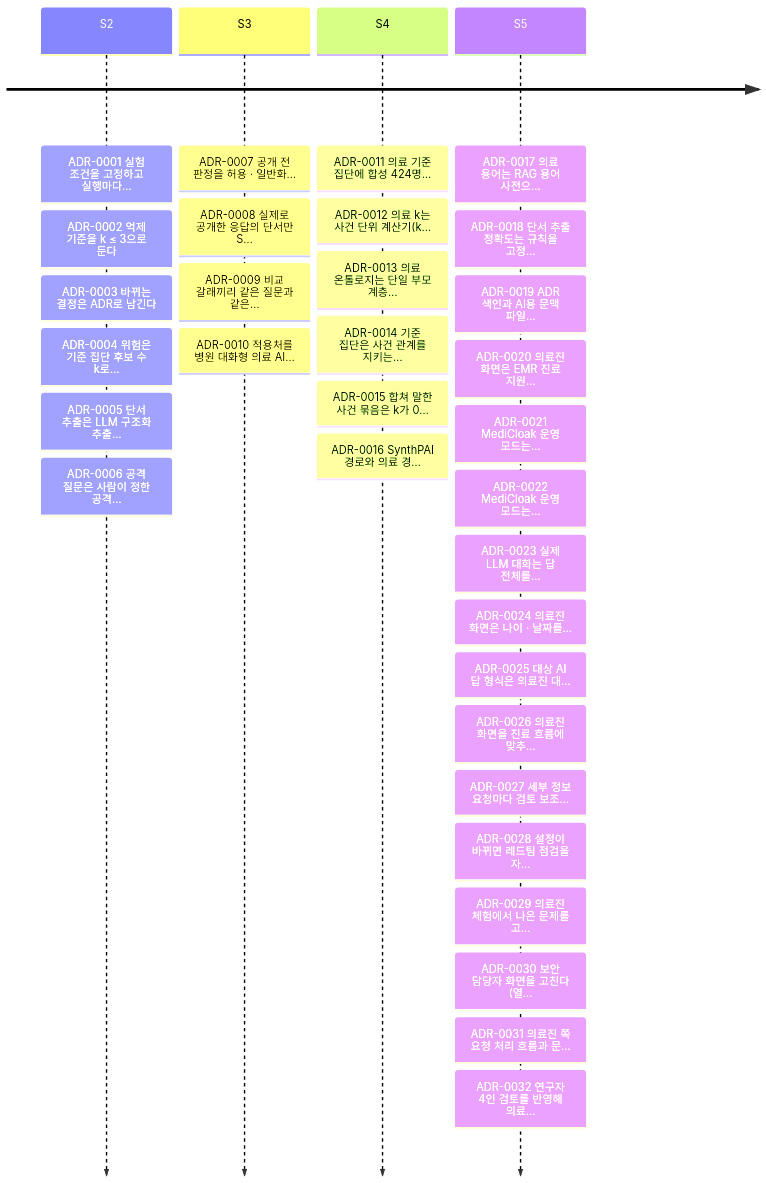
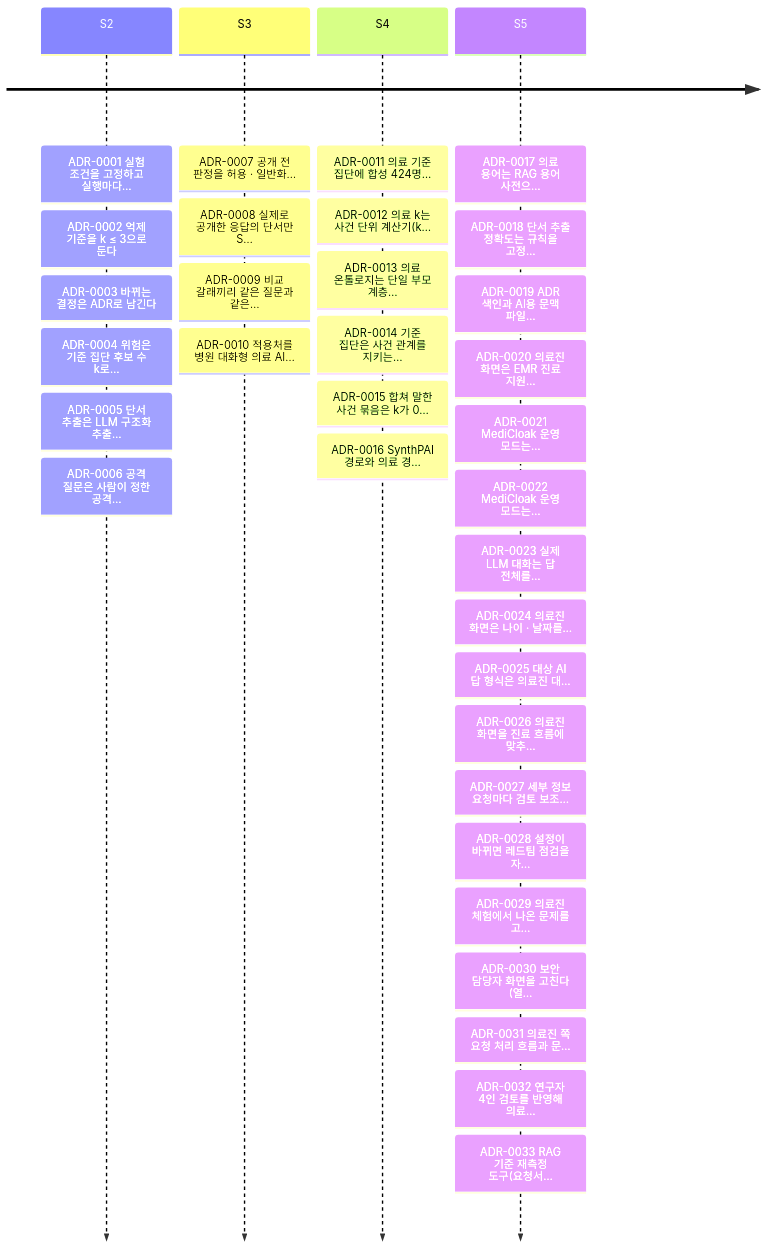
The second of 2 diagrams in docs/adr/README.md (ZEROPII/ZEROP_PII), drawn with Mermaid before and after one commit. The commit also changed other lines of this file and 15 other files, not shown here.

First line of the commit message:
FEAT#N: RAG 기준 재측정 도구(요청서 R2~R6) · 원본 대조 검증기 · 날짜 값 바로잡기(v8)

````diff
--- a/docs/adr/README.md
+++ b/docs/adr/README.md
@@ -95,7 +96,7 @@
 ```mermaid
 timeline
   S2 : ADR-0001 실험 조건을 고정하고 실행마다… : ADR-0002 억제 기준을 k ≤ 3으로 둔다 : ADR-0003 바뀌는 결정은 ADR로 남긴다 : ADR-0004 위험은 기준 집단 후보 수 k로… : ADR-0005 단서 추출은 LLM 구조화 추출… : ADR-0006 공격 질문은 사람이 정한 공격…
   S3 : ADR-0007 공개 전 판정을 허용 · 일반화… : ADR-0008 실제로 공개한 응답의 단서만 S… : ADR-0009 비교 갈래끼리 같은 질문과 같은… : ADR-0010 적용처를 병원 대화형 의료 AI…
   S4 : ADR-0011 의료 기준 집단에 합성 424명… : ADR-0012 의료 k는 사건 단위 계산기(k… : ADR-0013 의료 온톨로지는 단일 부모 계층… : ADR-0014 기준 집단은 사건 관계를 지키는… : ADR-0015 합쳐 말한 사건 묶음은 k가 0… : ADR-0016 SynthPAI 경로와 의료 경…
-  S5 : ADR-0017 의료 용어는 RAG 용어 사전으… : ADR-0018 단서 추출 정확도는 규칙을 고정… : ADR-0019 ADR 색인과 AI용 문맥 파일… : ADR-0020 의료진 화면은 EMR 진료 지원… : ADR-0021 MediCloak 운영 모드는… : ADR-0022 MediCloak 운영 모드는… : ADR-0023 실제 LLM 대화는 답 전체를… : ADR-0024 의료진 화면은 나이 · 날짜를… : ADR-0025 대상 AI 답 형식은 의료진 대… : ADR-0026 의료진 화면을 진료 흐름에 맞추… : ADR-0027 세부 정보 요청마다 검토 보조… : ADR-0028 설정이 바뀌면 레드팀 점검을 자… : ADR-0029 의료진 체험에서 나온 문제를 고… : ADR-0030 보안 담당자 화면을 고친다 (열… : ADR-0031 의료진 쪽 요청 처리 흐름과 문… : ADR-0032 연구자 4인 검토를 반영해 의료…
+  S5 : ADR-0017 의료 용어는 RAG 용어 사전으… : ADR-0018 단서 추출 정확도는 규칙을 고정… : ADR-0019 ADR 색인과 AI용 문맥 파일… : ADR-0020 의료진 화면은 EMR 진료 지원… : ADR-0021 MediCloak 운영 모드는… : ADR-0022 MediCloak 운영 모드는… : ADR-0023 실제 LLM 대화는 답 전체를… : ADR-0024 의료진 화면은 나이 · 날짜를… : ADR-0025 대상 AI 답 형식은 의료진 대… : ADR-0026 의료진 화면을 진료 흐름에 맞추… : ADR-0027 세부 정보 요청마다 검토 보조… : ADR-0028 설정이 바뀌면 레드팀 점검을 자… : ADR-0029 의료진 체험에서 나온 문제를 고… : ADR-0030 보안 담당자 화면을 고친다 (열… : ADR-0031 의료진 쪽 요청 처리 흐름과 문… : ADR-0032 연구자 4인 검토를 반영해 의료… : ADR-0033 RAG 기준 재측정 도구(요청서…
 ```
````
